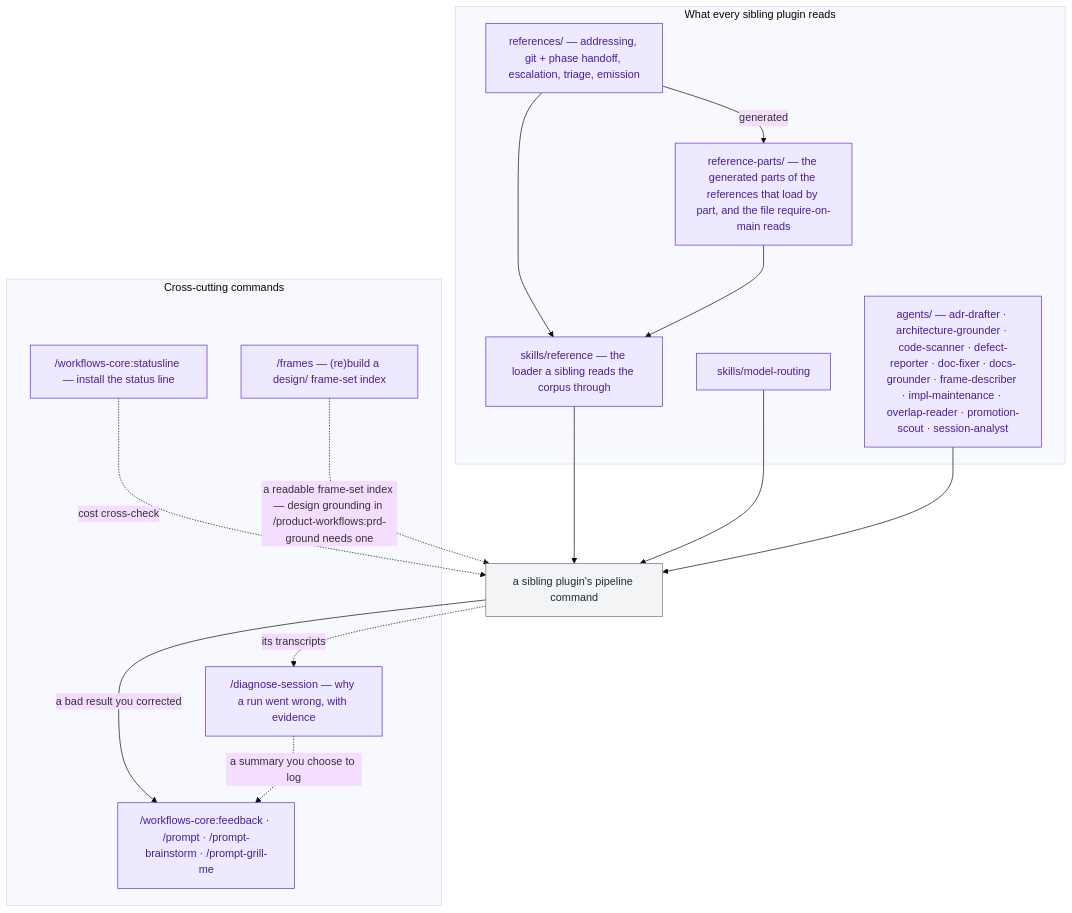
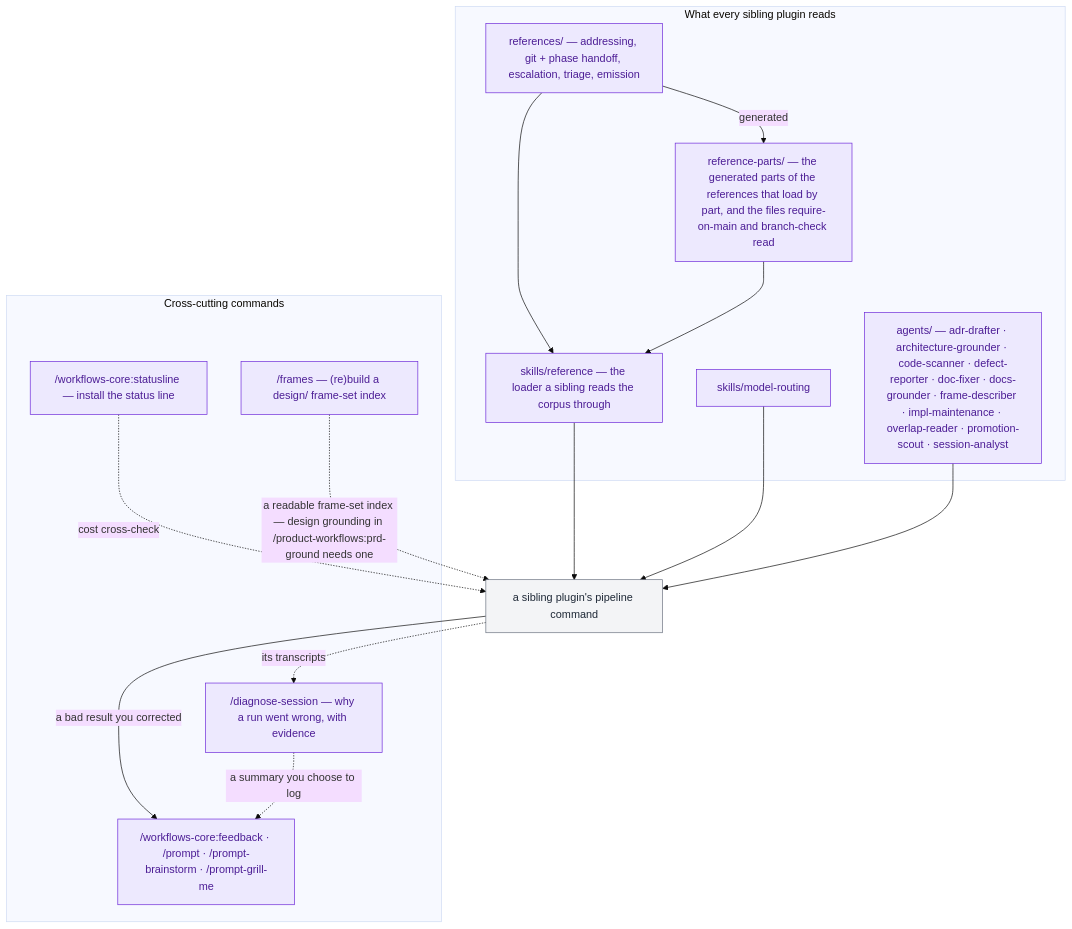
Before and after one commit to ihudak/ai-workflows: the diagram in plugins/workflows-core/docs/workflow.md, drawn with Mermaid (base theme). The commit also changed 54 other files, not shown here.

````diff
--- a/plugins/workflows-core/docs/workflow.md
+++ b/plugins/workflows-core/docs/workflow.md
@@ -5,32 +5,32 @@
 ```mermaid
 flowchart TD
     subgraph CORPUS["What every sibling plugin reads"]
         refs["references/ — addressing, git + phase handoff, escalation, triage, emission"]:::core
-        parts["reference-parts/ — the generated parts of the references that load by part, and the file require-on-main reads"]:::core
+        parts["reference-parts/ — the generated parts of the references that load by part, and the files require-on-main and branch-check read"]:::core
         loader["skills/reference — the loader a sibling reads the corpus through"]:::core
         skill["skills/model-routing"]:::core
         agents["agents/ — adr-drafter · architecture-grounder · code-scanner · defect-reporter · doc-fixer · docs-grounder · frame-describer · impl-maintenance · overlap-reader · promotion-scout · session-analyst"]:::core
     end
     subgraph CROSS["Cross-cutting commands"]
         setup["/workflows-core:statusline — install the status line"]:::core
         repair["/frames — (re)build a design/ frame-set index"]:::core
         improve["/workflows-core:feedback · /prompt · /prompt-brainstorm · /prompt-grill-me"]:::core
         diagnose["/diagnose-session — why a run went wrong, with evidence"]:::core
     end
     pipeline["a sibling plugin's pipeline command"]:::other
 
     refs --> loader
     refs -->|generated| parts
     parts --> loader
     loader --> pipeline
     skill --> pipeline
     agents --> pipeline
     pipeline -->|a bad result you corrected| improve
     pipeline -.->|its transcripts| diagnose
     diagnose -.->|a summary you choose to log| improve
     setup -.->|cost cross-check| pipeline
     repair -.->|"a readable frame-set index — design grounding in /product-workflows:prd-ground needs one"| pipeline
 
     classDef core fill:#ede9fe,stroke:#6d28d9,color:#4c1d95
     classDef other fill:#f3f4f6,stroke:#6b7280,color:#1f2937
 ```
````
